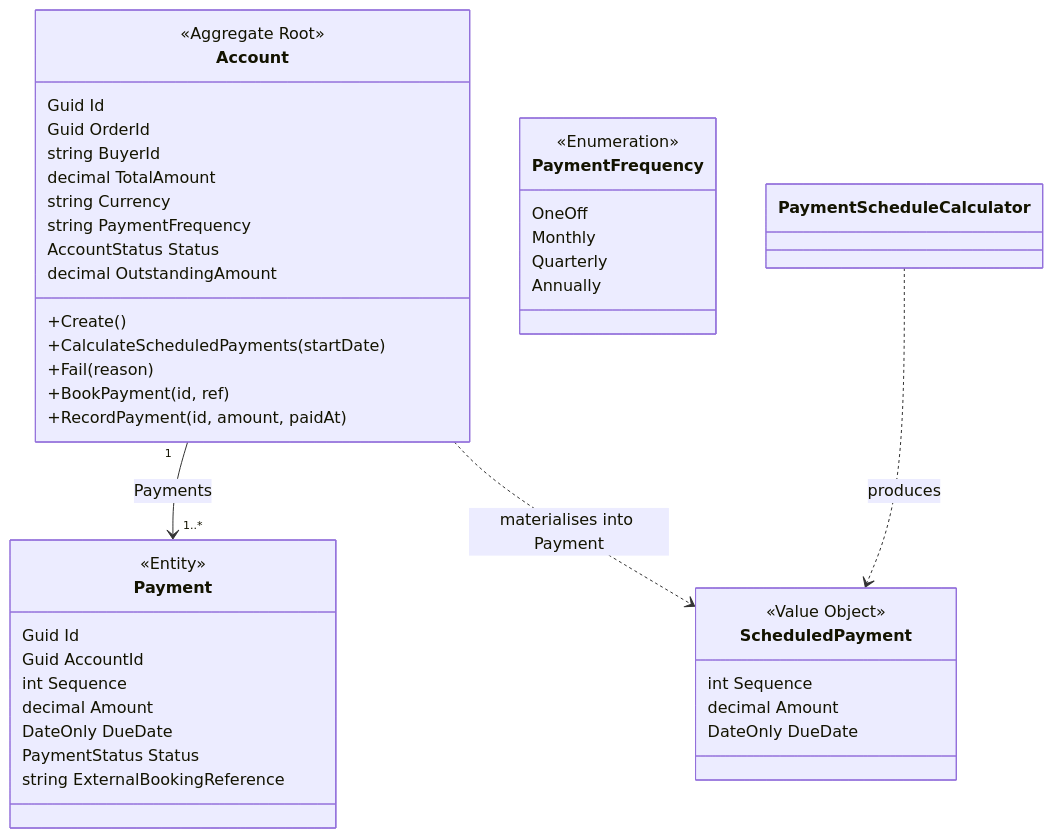
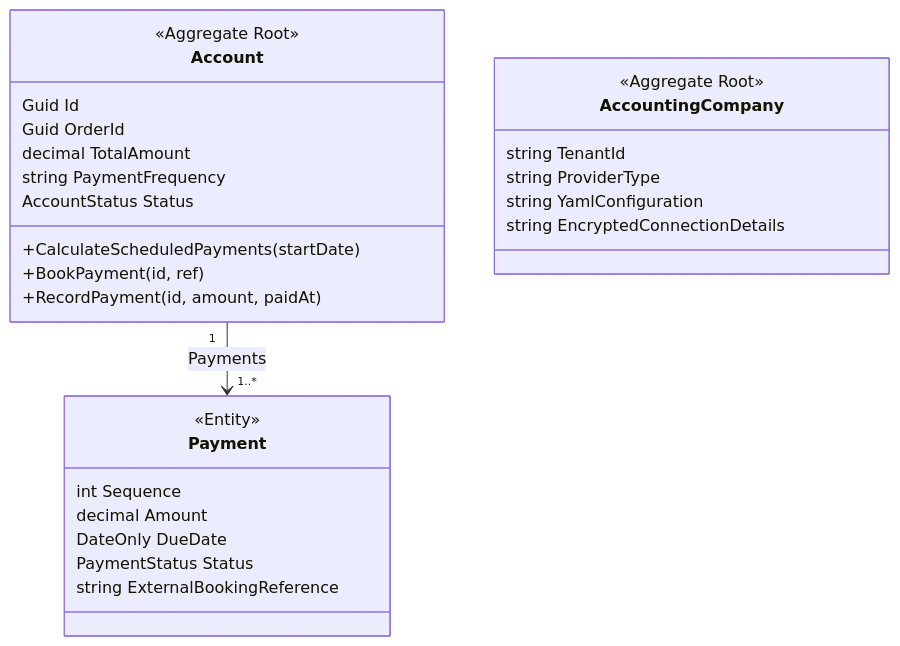
The second of 7 diagrams in Finance/src/EShop.Finance.API/README.md (mnnam1302/EShop), drawn with Mermaid before and after one commit. The commit also changed other lines of this file and 82 other files, not shown here.

First line of the commit message:
[ESHOP-0507] Book Finance payments to tenant-configured GenericHttp accounting providers (#73)

````diff
--- a/Finance/src/EShop.Finance.API/README.md
+++ b/Finance/src/EShop.Finance.API/README.md
@@ -202,46 +31,30 @@
 ```mermaid
 classDiagram
     class Account {
         <<Aggregate Root>>
         Guid Id
         Guid OrderId
-        string BuyerId
         decimal TotalAmount
-        string Currency
         string PaymentFrequency
         AccountStatus Status
-        decimal OutstandingAmount
-        +Create()
         +CalculateScheduledPayments(startDate)
-        +Fail(reason)
         +BookPayment(id, ref)
         +RecordPayment(id, amount, paidAt)
     }
     class Payment {
         <<Entity>>
-        Guid Id
-        Guid AccountId
         int Sequence
         decimal Amount
         DateOnly DueDate
         PaymentStatus Status
         string ExternalBookingReference
     }
-    class ScheduledPayment {
-        <<Value Object>>
-        int Sequence
-        decimal Amount
-        DateOnly DueDate
+    class AccountingCompany {
+        <<Aggregate Root>>
+        string TenantId
+        string ProviderType
+        string YamlConfiguration
+        string EncryptedConnectionDetails
     }
-    class PaymentFrequency {
-        <<Enumeration>>
-        OneOff
-        Monthly
-        Quarterly
-        Annually
-    }
-
     Account "1" --> "1..*" Payment : Payments
-    PaymentScheduleCalculator ..> ScheduledPayment : produces
-    Account ..> ScheduledPayment : materialises into Payment
 ```
````
